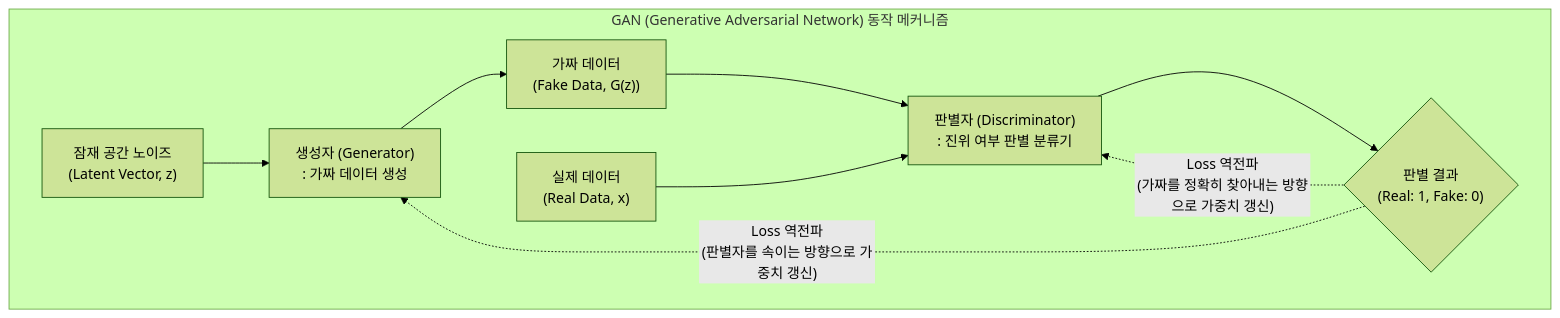
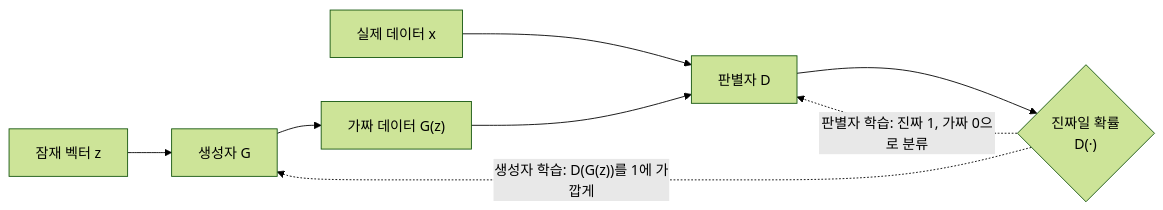
Before and after one commit to supremethumb/supremethumb.github.io: the diagram in content/01_IT Tech/GAN (Generative Adversarial Network).md, drawn with Mermaid (forest theme). The commit also changed other lines of this file and 1087 other files, not shown here.

````diff
--- a/content/01_IT Tech/GAN (Generative Adversarial Network).md
+++ b/content/01_IT Tech/GAN (Generative Adversarial Network).md
@@ -30,22 +37,10 @@
 ```mermaid
 flowchart LR
-    subgraph GAN_Architecture ["GAN (Generative Adversarial Network) 동작 메커니즘"]
-        direction LR
-        Noise["잠재 공간 노이즈<br/>(Latent Vector, z)"]
-        Gen["생성자 (Generator)<br/>: 가짜 데이터 생성"]
-        Fake["가짜 데이터<br/>(Fake Data, G(z))"]
-        Real["실제 데이터<br/>(Real Data, x)"]
-        Disc["판별자 (Discriminator)<br/>: 진위 여부 판별 분류기"]
-        Result{"판별 결과<br/>(Real: 1, Fake: 0)"}
-    end
-    
-    Noise --> Gen
-    Gen --> Fake
-    Fake --> Disc
-    Real --> Disc
-    Disc --> Result
-    
-    Result -. "Loss 역전파<br/>(판별자를 속이는 방향으로 가중치 갱신)" .-> Gen
-    Result -. "Loss 역전파<br/>(가짜를 정확히 찾아내는 방향으로 가중치 갱신)" .-> Disc
-
+    Z["잠재 벡터 z"] --> G["생성자 G"]
+    G --> F["가짜 데이터 G(z)"]
+    R["실제 데이터 x"] --> D["판별자 D"]
+    F --> D
+    D --> O{"진짜일 확률<br/>D(·)"}
+    O -. "판별자 학습: 진짜 1, 가짜 0으로 분류" .-> D
+    O -. "생성자 학습: D(G(z))를 1에 가깝게" .-> G
 ```
````
